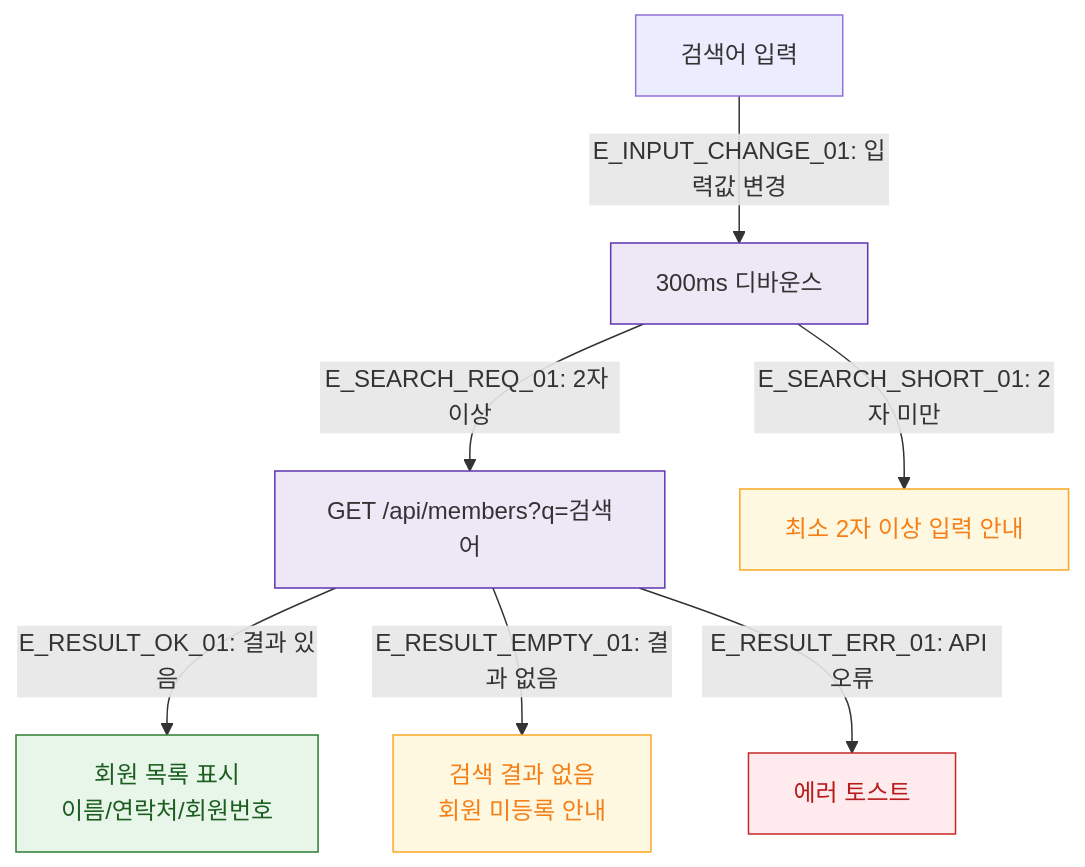
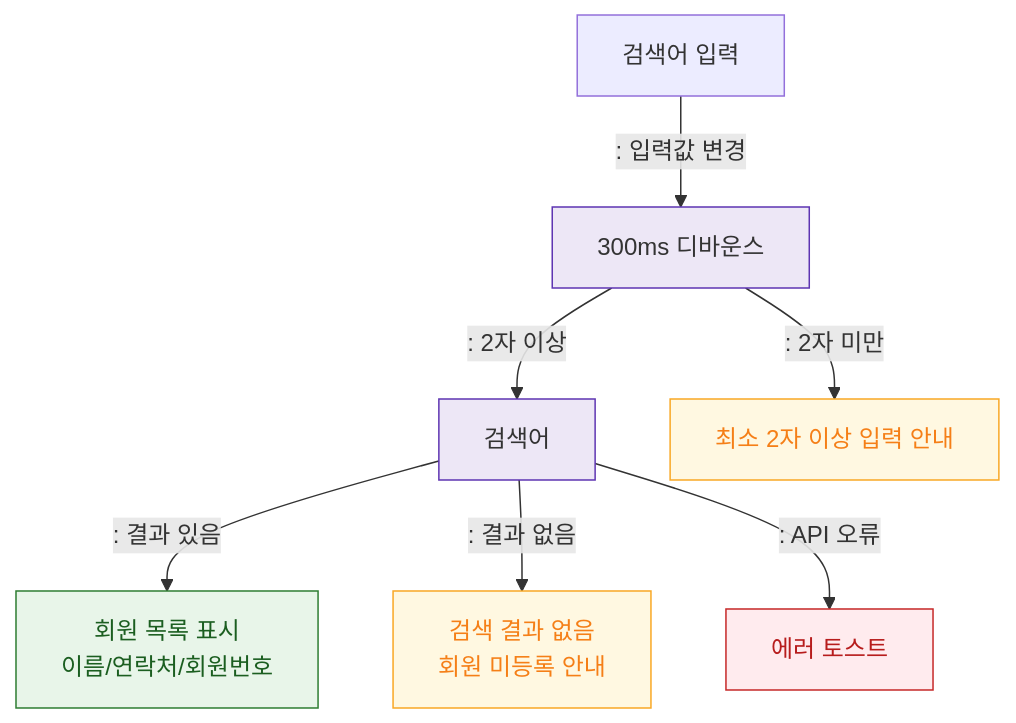
The diagram in docs/다이어그램/D03_매출관리/DLG-S002_구매자검색/M2_필드검증.md (dev-spogym/admin-pando), drawn with Mermaid before and after one commit. The commit also changed other lines of this file and 1660 other files, not shown here.

First line of the commit message:
다이어그램: 기획자/클라이언트 납품본으로 정리

````diff
--- a/docs/다이어그램/D03_매출관리/DLG-S002_구매자검색/M2_필드검증.md
+++ b/docs/다이어그램/D03_매출관리/DLG-S002_구매자검색/M2_필드검증.md
@@ -20,20 +18,20 @@
 ```mermaid
 flowchart TD
-    INPUT[검색어 입력] -->|"E_INPUT_CHANGE_01: 입력값 변경"| DEBOUNCE[300ms 디바운스]
-    DEBOUNCE -->|"E_SEARCH_REQ_01: 2자 이상"| SEARCH_API[GET /api/members?q=검색어]
-    DEBOUNCE -->|"E_SEARCH_SHORT_01: 2자 미만"| HINT[최소 2자 이상 입력 안내]
+    INPUT[검색어 입력] -->|": 입력값 변경"|DEBOUNCE[300ms 디바운스]
+    DEBOUNCE -->|": 2자 이상"|SEARCH_API[검색어]
+    DEBOUNCE -->|": 2자 미만"|HINT[최소 2자 이상 입력 안내]
 
-    SEARCH_API -->|"E_RESULT_OK_01: 결과 있음"| RESULT_LIST[회원 목록 표시\n이름/연락처/회원번호]
-    SEARCH_API -->|"E_RESULT_EMPTY_01: 결과 없음"| EMPTY[검색 결과 없음\n회원 미등록 안내]
-    SEARCH_API -->|"E_RESULT_ERR_01: API 오류"| ERR_TOAST[에러 토스트]
+    SEARCH_API -->|": 결과 있음"|RESULT_LIST[회원 목록 표시\n이름/연락처/회원번호]
+    SEARCH_API -->|": 결과 없음"|EMPTY[검색 결과 없음\n회원 미등록 안내]
+    SEARCH_API -->|": API 오류"|ERR_TOAST[에러 토스트]
 
     classDef system fill:#EDE7F6,stroke:#5E35B2
     classDef success fill:#E8F5E9,stroke:#2E7D32,color:#1B5E20
     classDef warning fill:#FFF8E1,stroke:#F9A825,color:#F57F17
     classDef error fill:#FFEBEE,stroke:#C62828,color:#B71C1C
 
     class DEBOUNCE,SEARCH_API system
     class RESULT_LIST success
     class HINT,EMPTY warning
     class ERR_TOAST error
 ```
````
